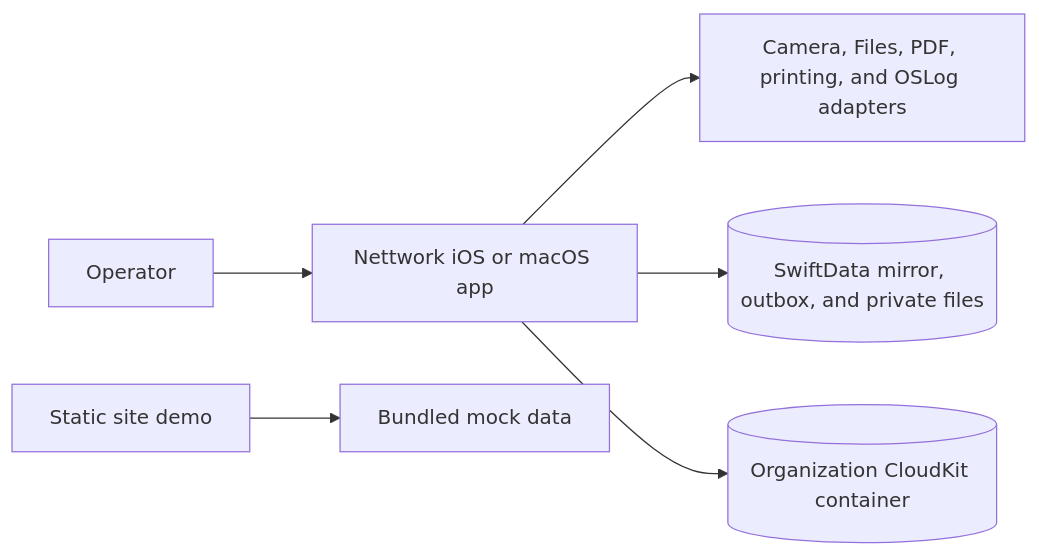
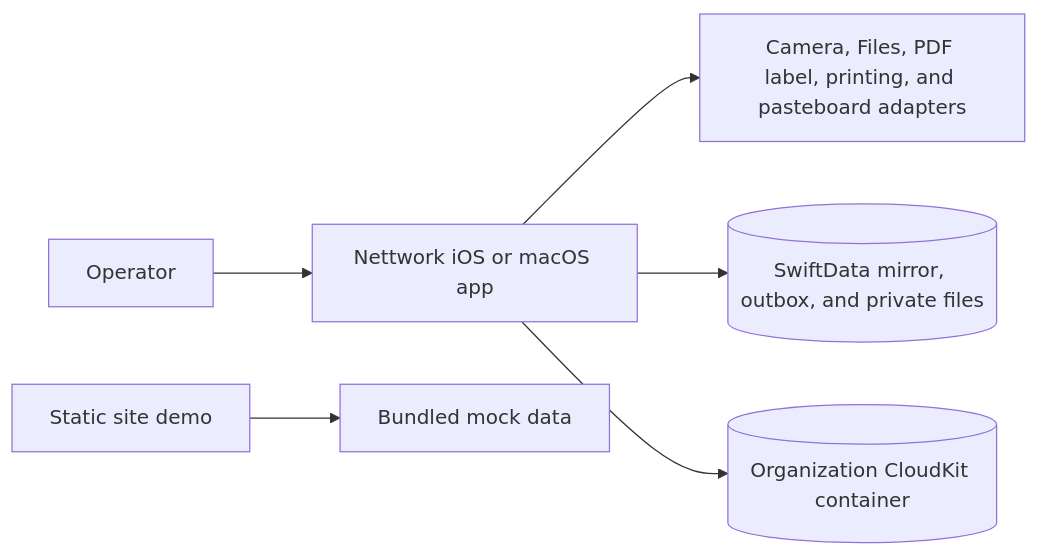
Before and after one commit to sebastianspicker/nettwork-infrastructure: the first of 3 diagrams in docs/ARCHITECTURE.md, drawn with Mermaid. The commit also changed other lines of this file and 187 other files, not shown here.

````diff
--- a/docs/ARCHITECTURE.md
+++ b/docs/ARCHITECTURE.md
@@ -20,8 +20,8 @@
 ```mermaid
 flowchart LR
     Operator[Operator] --> App[Nettwork iOS or macOS app]
-    App --> Platform[Camera, Files, PDF, printing, and OSLog adapters]
+    App --> Platform[Camera, Files, PDF label, printing, and pasteboard adapters]
     App --> Local[(SwiftData mirror, outbox, and private files)]
     App --> Cloud[(Organization CloudKit container)]
     Demo[Static site demo] --> Mock[Bundled mock data]
 ```
````
